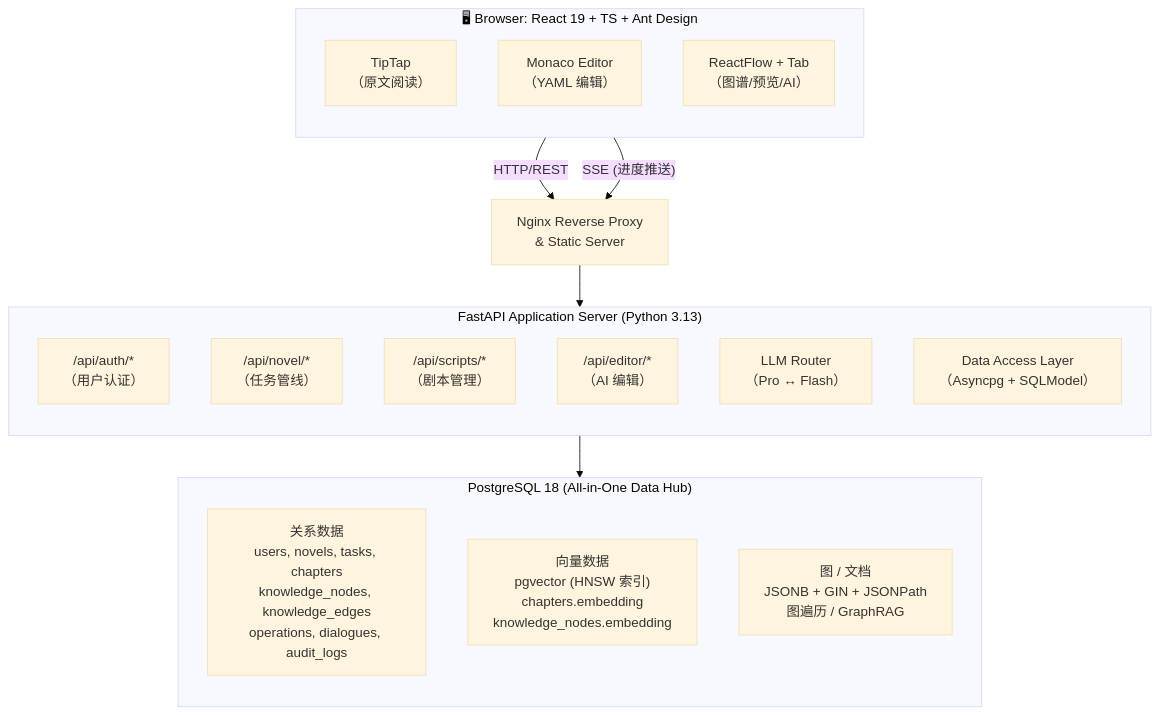
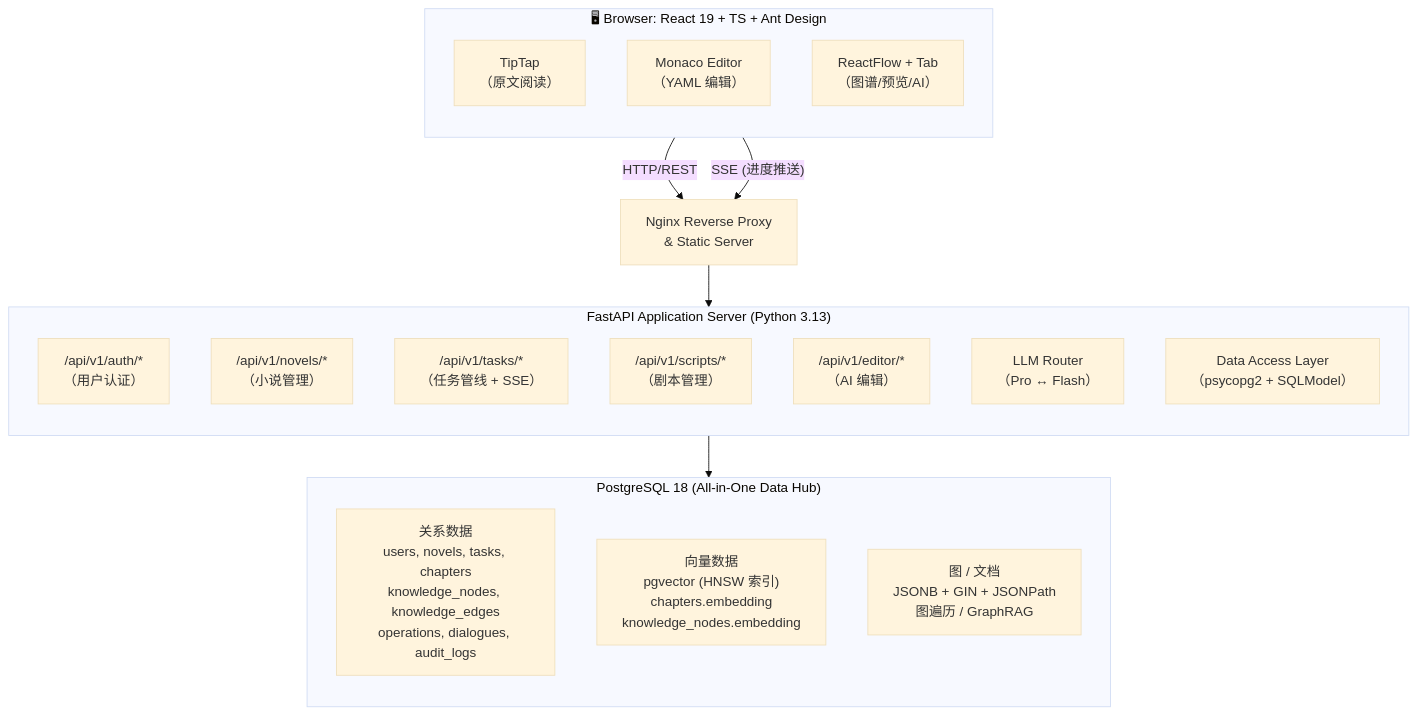
One commit to Dinosaur-MC/NovelScript changed the first of 9 diagrams in docs/SDS 软件设计说明书.md. Above: the diagram before and after it, drawn with Mermaid (base theme). The commit also changed other lines of this file and 8 other files, not shown here.

````diff
--- a/docs/SDS 软件设计说明书.md
+++ b/docs/SDS 软件设计说明书.md
@@ -53,33 +53,34 @@
 ```mermaid
 flowchart TB
     subgraph Browser["🖥 Browser: React 19 + TS + Ant Design"]
         direction TB
         TipTap["TipTap<br/>（原文阅读）"]
         Monaco["Monaco Editor<br/>（YAML 编辑）"]
         Flow["ReactFlow + Tab<br/>（图谱/预览/AI）"]
     end
 
     Browser -->|"HTTP/REST"| Nginx["Nginx Reverse Proxy<br/>& Static Server"]
     Browser -->|"SSE (进度推送)"| Nginx
 
     Nginx --> FastAPI
 
     subgraph FastAPI["FastAPI Application Server (Python 3.13)"]
         direction TB
-        Auth["/api/auth/*<br/>（用户认证）"]
-        Novel["/api/novel/*<br/>（任务管线）"]
-        ScriptApi["/api/scripts/*<br/>（剧本管理）"]
-        EdApi["/api/editor/*<br/>（AI 编辑）"]
+        Auth["/api/v1/auth/*<br/>（用户认证）"]
+        Novel["/api/v1/novels/*<br/>（小说管理）"]
+        TasksApi["/api/v1/tasks/*<br/>（任务管线 + SSE）"]
+        ScriptApi["/api/v1/scripts/*<br/>（剧本管理）"]
+        EdApi["/api/v1/editor/*<br/>（AI 编辑）"]
         Router["LLM Router<br/>（Pro ↔ Flash）"]
-        DAL["Data Access Layer<br/>（Asyncpg + SQLModel）"]
+        DAL["Data Access Layer<br/>（psycopg2 + SQLModel）"]
     end
 
     FastAPI --> PostgreSQL
 
     subgraph PostgreSQL["PostgreSQL 18 (All-in-One Data Hub)"]
         direction BT
         Rel["关系数据<br/>users, novels, tasks, chapters<br/>knowledge_nodes, knowledge_edges<br/>operations, dialogues, audit_logs"]
         Vec["向量数据<br/>pgvector (HNSW 索引)<br/>chapters.embedding<br/>knowledge_nodes.embedding"]
         Doc["图 / 文档<br/>JSONB + GIN + JSONPath<br/>图遍历 / GraphRAG"]
     end
 ```
````
